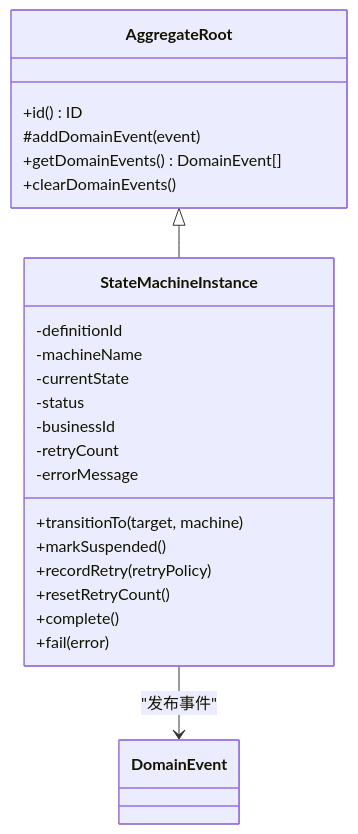
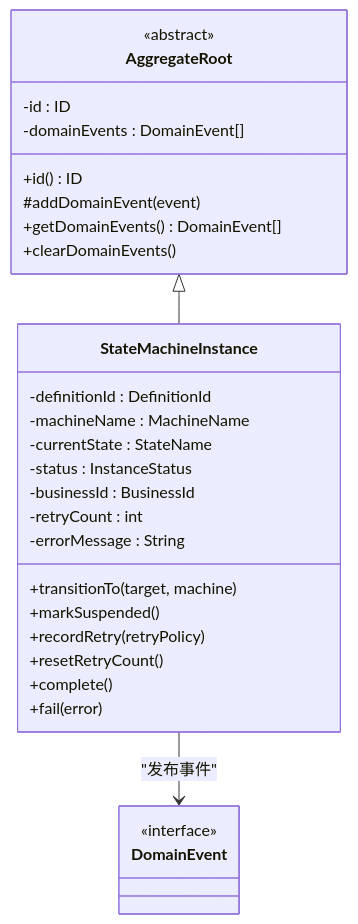
Before and after one commit to xiaoche80s-tech/state-machine-parent: the fifth of 11 diagrams in .qoder/repowiki/zh/content/核心概念/领域驱动设计架构.md, drawn with Mermaid. The commit also changed other lines of this file and 20 other files, not shown here.

````diff
--- a/.qoder/repowiki/zh/content/核心概念/领域驱动设计架构.md
+++ b/.qoder/repowiki/zh/content/核心概念/领域驱动设计架构.md
@@ -160,28 +294,32 @@
 ```mermaid
 classDiagram
 class AggregateRoot {
+<<abstract>>
+-id : ID
+-domainEvents : DomainEvent[]
 +id() ID
 #addDomainEvent(event)
 +getDomainEvents() DomainEvent[]
 +clearDomainEvents()
 }
 class StateMachineInstance {
--definitionId
--machineName
--currentState
--status
--businessId
--retryCount
--errorMessage
+-definitionId : DefinitionId
+-machineName : MachineName
+-currentState : StateName
+-status : InstanceStatus
+-businessId : BusinessId
+-retryCount : int
+-errorMessage : String
 +transitionTo(target, machine)
 +markSuspended()
 +recordRetry(retryPolicy)
 +resetRetryCount()
 +complete()
 +fail(error)
 }
 class DomainEvent {
+<<interface>>
 }
 AggregateRoot <|-- StateMachineInstance
 StateMachineInstance --> DomainEvent : "发布事件"
 ```
````
